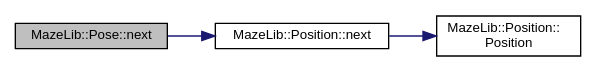
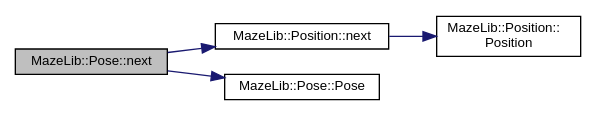
One commit to kerikun11/micromouse-maze-library changed the diagram in df/ddb/structMazeLib_1_1Pose_ae858274f0f1f5e3be99cf41563ed0798_cgraph.dot. Above: the diagram before and after it, drawn with Graphviz. The commit also changed 146 other files, not shown here.

```diff
--- a/df/ddb/structMazeLib_1_1Pose_ae858274f0f1f5e3be99cf41563ed0798_cgraph.dot
+++ b/df/ddb/structMazeLib_1_1Pose_ae858274f0f1f5e3be99cf41563ed0798_cgraph.dot
@@ -1,12 +1,14 @@
 digraph "MazeLib::Pose::next"
 {
  // LATEX_PDF_SIZE
   edge [fontname="Helvetica",fontsize="10",labelfontname="Helvetica",labelfontsize="10"];
   node [fontname="Helvetica",fontsize="10",shape=record];
   rankdir="LR";
   Node1 [label="MazeLib::Pose::next",height=0.2,width=0.4,color="black", fillcolor="grey75", style="filled", fontcolor="black",tooltip="隣接姿勢の取得"];
   Node1 -> Node2 [color="midnightblue",fontsize="10",style="solid",fontname="Helvetica"];
   Node2 [label="MazeLib::Position::next",height=0.2,width=0.4,color="black", fillcolor="white", style="filled",URL="$d0/ddc/structMazeLib_1_1Position.html#a78d3cd4841a650b5b88094075ebd1261",tooltip="自分の引数方向に隣接した区画の Position を返す"];
   Node2 -> Node3 [color="midnightblue",fontsize="10",style="solid",fontname="Helvetica"];
   Node3 [label="MazeLib::Position::\lPosition",height=0.2,width=0.4,color="black", fillcolor="white", style="filled",URL="$d0/ddc/structMazeLib_1_1Position.html#a273bddbcc328c127be9453db54707ef6",tooltip="ゼロ初期化のデフォルトコンストラクタ"];
+  Node1 -> Node4 [color="midnightblue",fontsize="10",style="solid",fontname="Helvetica"];
+  Node4 [label="MazeLib::Pose::Pose",height=0.2,width=0.4,color="black", fillcolor="white", style="filled",URL="$df/ddb/structMazeLib_1_1Pose.html#a1afb418adcd34f3d6a91fb6710e74731",tooltip=" "];
 }
```
